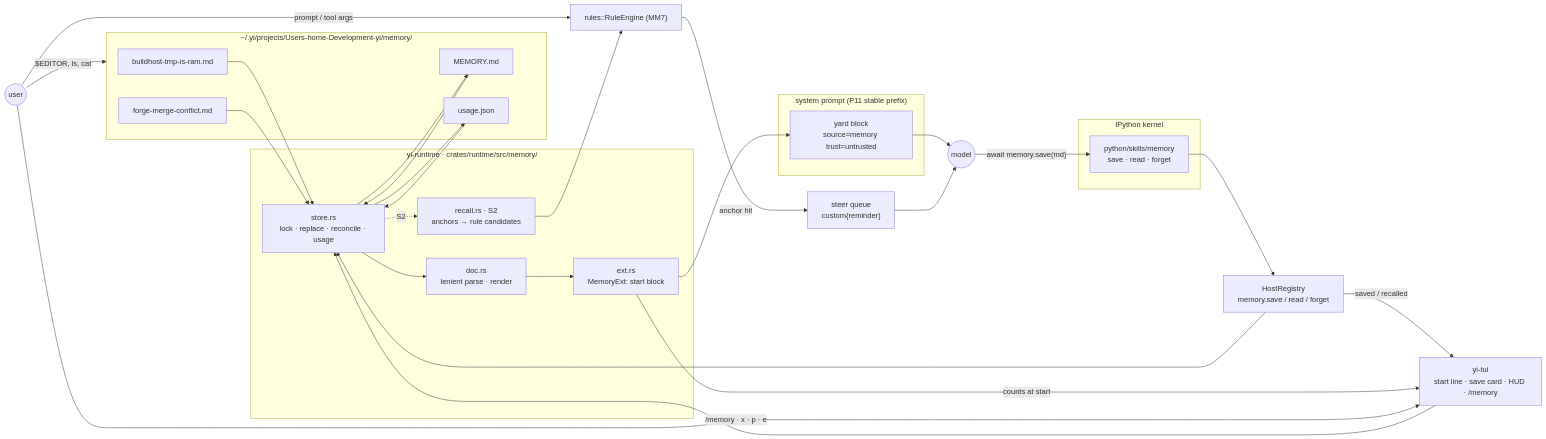
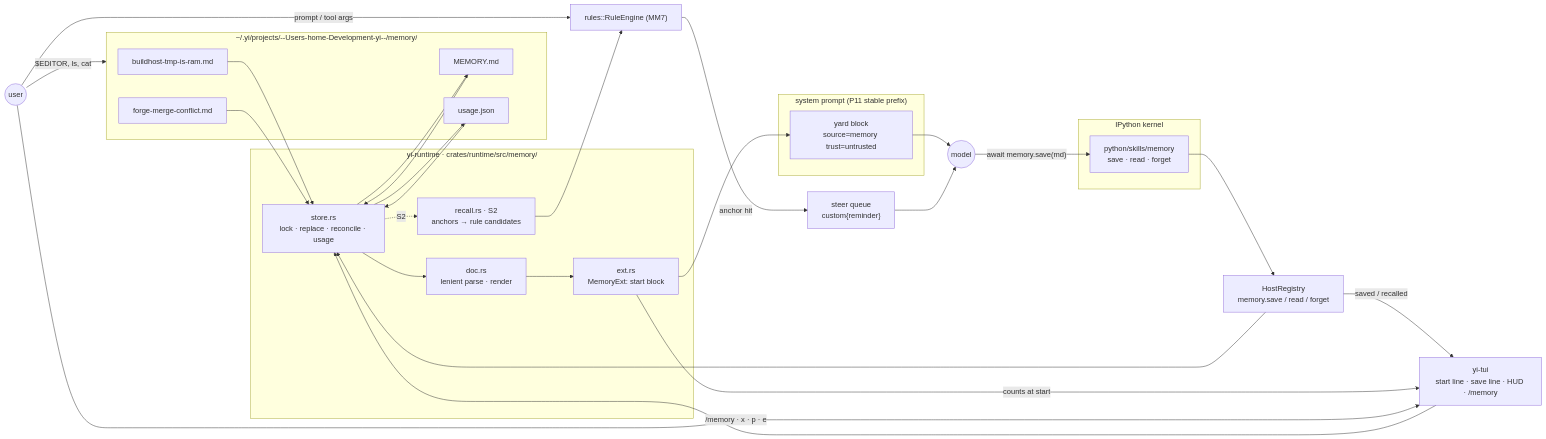
One commit to jackmaxwil/yi changed the diagram in docs/plans/2026-09-10-memory.md. Above: the diagram before and after it, drawn with Mermaid. The commit also changed other lines of this file and 35 other files, not shown here.

First line of the commit message:
Add host-written memory: note files, start block, three verbs

````diff
--- a/docs/plans/2026-09-10-memory.md
+++ b/docs/plans/2026-09-10-memory.md
@@ -73,43 +73,43 @@
 ```mermaid
 flowchart LR
-    subgraph disk["~/.yi/projects/Users-home-Development-yi/memory/"]
+    subgraph disk["~/.yi/projects/--Users-home-Development-yi--/memory/"]
         F1[buildhost-tmp-is-ram.md]
         F2[forge-merge-conflict.md]
         IDX[MEMORY.md]
         USE[usage.json]
     end
 
     subgraph runtime["yi-runtime · crates/runtime/src/memory/"]
         DOC[doc.rs<br/>lenient parse · render]
         STORE[store.rs<br/>lock · replace · reconcile · usage]
         EXT[ext.rs<br/>MemoryExt: start block]
         REC[recall.rs · S2<br/>anchors → rule candidates]
     end
 
     subgraph prompt["system prompt (P11 stable prefix)"]
         YARD["yard block<br/>source=memory trust=untrusted"]
     end
 
     subgraph kernel["IPython kernel"]
         SKILL["python/skills/memory<br/>save · read · forget"]
     end
 
     HOST["HostRegistry<br/>memory.save / read / forget"]
     ENGINE["rules::RuleEngine (MM7)"]
     STEER["steer queue<br/>custom{reminder}"]
     MODEL((model))
-    TUI["yi-tui<br/>start line · save card · HUD · /memory"]
+    TUI["yi-tui<br/>start line · save line · HUD · /memory"]
     USER((user))
 
     F1 & F2 & IDX & USE --> STORE
     STORE --> DOC
     DOC --> EXT --> YARD --> MODEL
     MODEL -- "await memory.save(md)" --> SKILL --> HOST --> STORE
     STORE --> IDX & USE
     STORE -. S2 .-> REC --> ENGINE
     USER -- "prompt / tool args" --> ENGINE -- "anchor hit" --> STEER --> MODEL
     HOST -- "saved / recalled" --> TUI
     EXT -- "counts at start" --> TUI
     USER -- "/memory · x · p · e" --> TUI --> STORE
     USER -- "$EDITOR, ls, cat" --> disk
 ```
````
